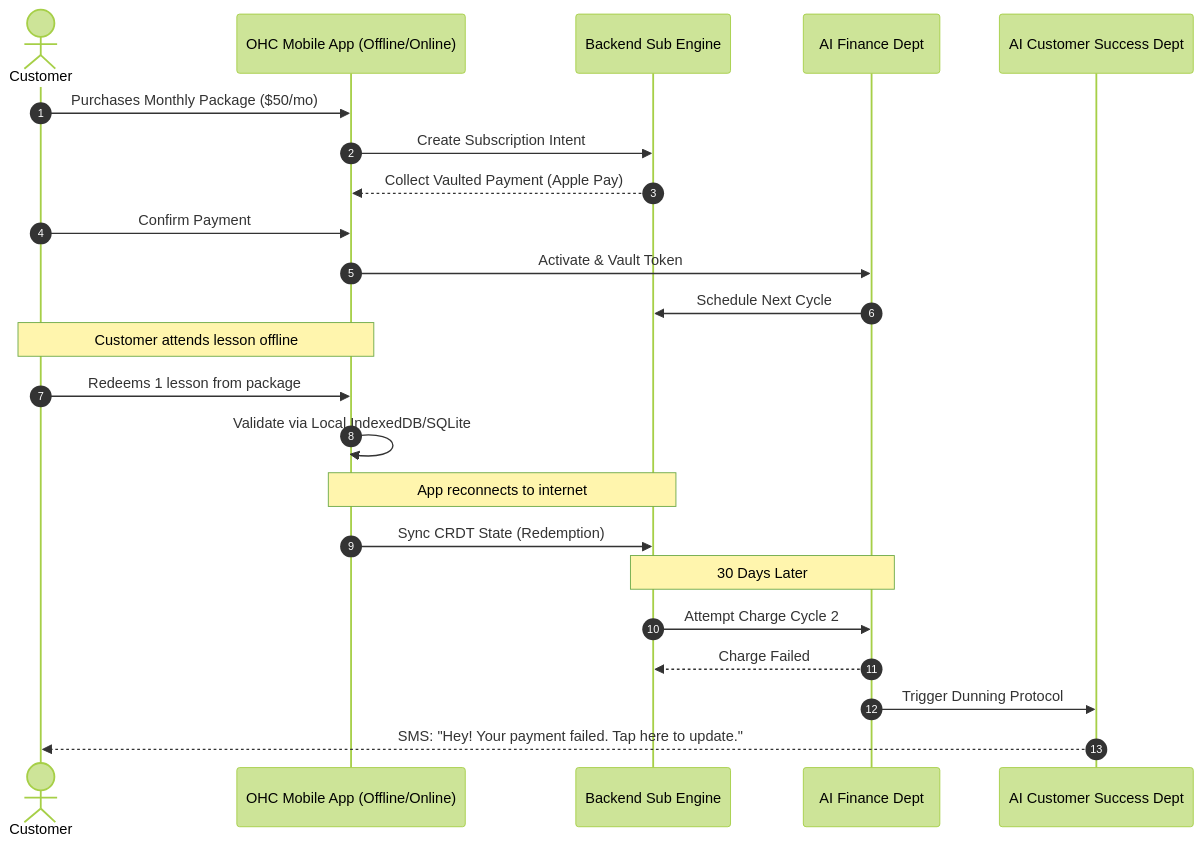
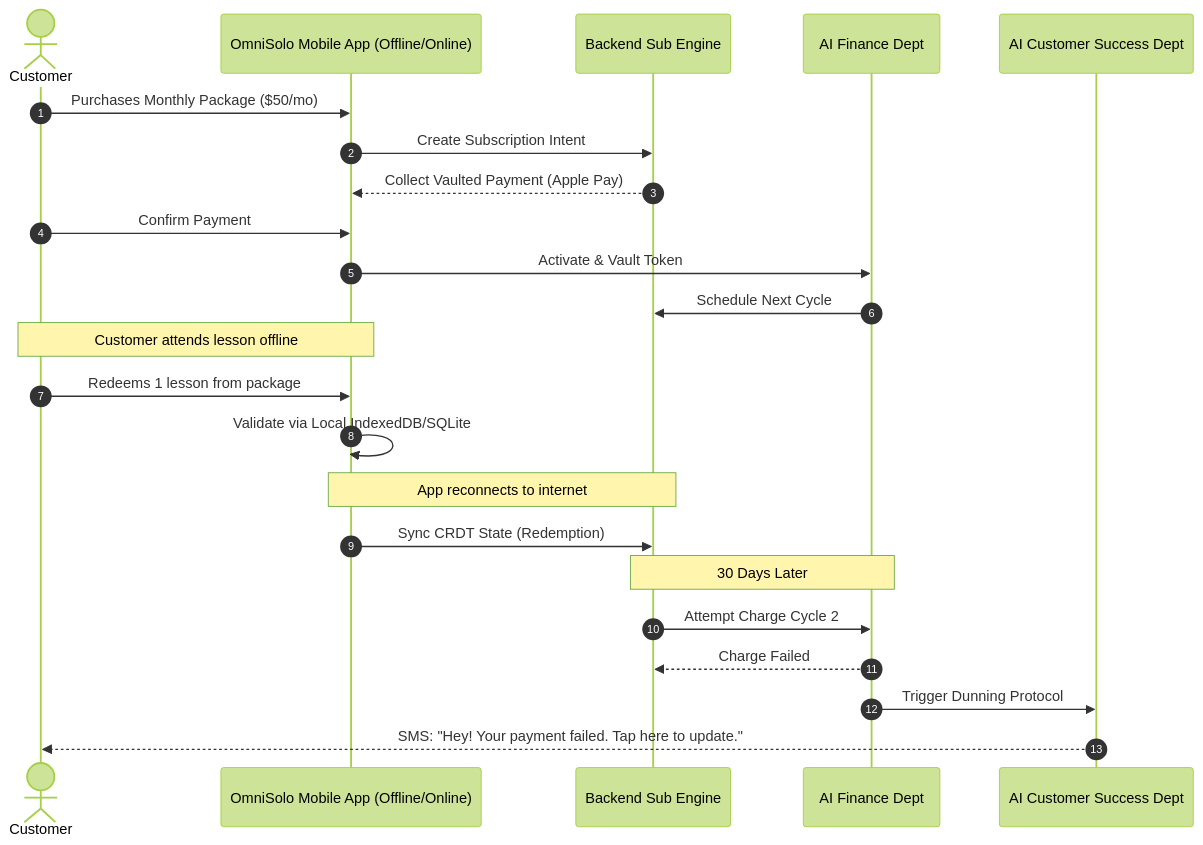
Before and after one commit to omnisolo-llc/onehumancorp: the diagram in docs/research/[architecture]_autonomous_subscription_and_recurring_billing_engine.md, drawn with Mermaid (forest theme). The commit also changed other lines of this file and 2191 other files, not shown here.

Commit message:
feat: complete OmniSolo rename and browser audit

````diff
--- a/docs/research/[architecture]_autonomous_subscription_and_recurring_billing_engine.md
+++ b/docs/research/[architecture]_autonomous_subscription_and_recurring_billing_engine.md
@@ -36,31 +36,31 @@
 ```mermaid
 sequenceDiagram
     autonumber
     actor Customer
-    participant MobileApp as OHC Mobile App (Offline/Online)
+    participant MobileApp as OmniSolo Mobile App (Offline/Online)
     participant SubEngine as Backend Sub Engine
     participant FinanceAgent as AI Finance Dept
     participant CS_Agent as AI Customer Success Dept
 
     %% Setup & Purchase
     Customer->>MobileApp: Purchases Monthly Package ($50/mo)
     MobileApp->>SubEngine: Create Subscription Intent
     SubEngine-->>MobileApp: Collect Vaulted Payment (Apple Pay)
     Customer->>MobileApp: Confirm Payment
     MobileApp->>FinanceAgent: Activate & Vault Token
     FinanceAgent->>SubEngine: Schedule Next Cycle
 
     %% Offline Redemption
     Note over Customer, MobileApp: Customer attends lesson offline
     Customer->>MobileApp: Redeems 1 lesson from package
     MobileApp->>MobileApp: Validate via Local IndexedDB/SQLite
     Note over MobileApp, SubEngine: App reconnects to internet
     MobileApp->>SubEngine: Sync CRDT State (Redemption)
 
     %% Dunning Cycle
     Note over SubEngine, FinanceAgent: 30 Days Later
     SubEngine->>FinanceAgent: Attempt Charge Cycle 2
     FinanceAgent-->>SubEngine: Charge Failed
     FinanceAgent->>CS_Agent: Trigger Dunning Protocol
     CS_Agent-->>Customer: SMS: "Hey! Your payment failed. Tap here to update."
 ```
````
